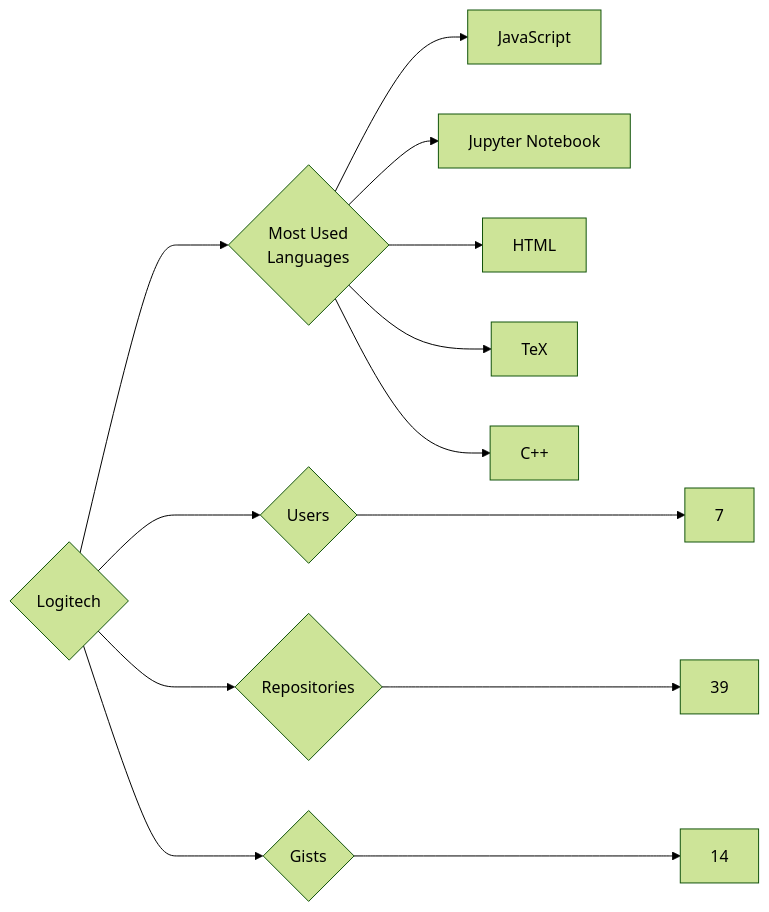
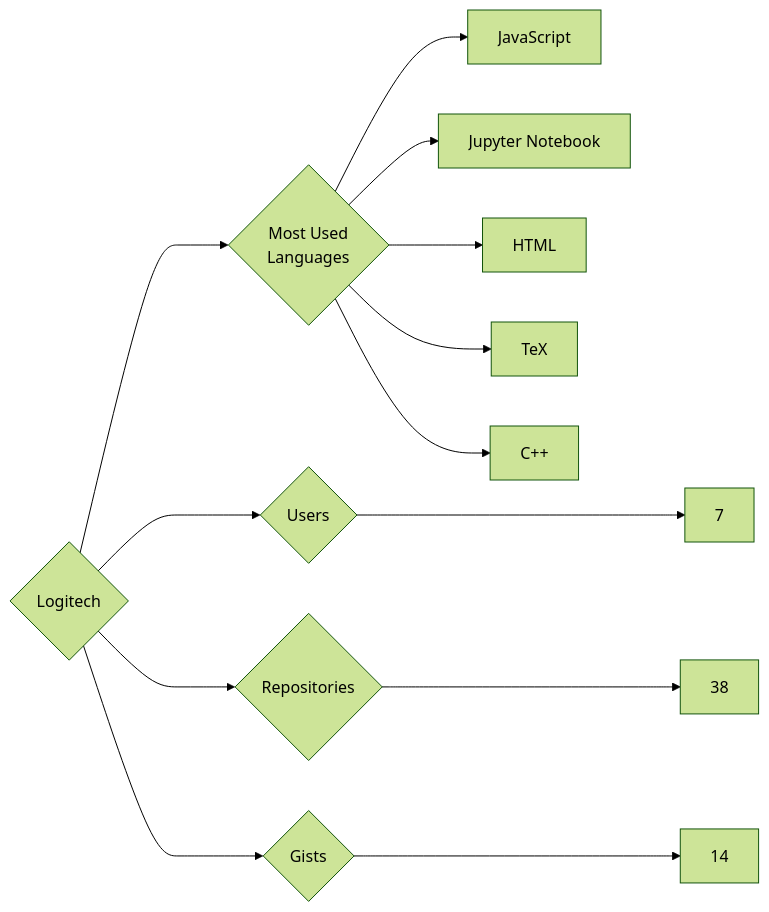
The diagram in targets/Logitech/README.md (trickest/insiders), drawn with Mermaid (forest theme) before and after one commit. The commit also changed 838 other files, not shown here.

````diff
--- a/targets/Logitech/README.md
+++ b/targets/Logitech/README.md
@@ -3,13 +3,13 @@
 ```mermaid
 graph LR
 COMPANY_NAME{Logitech}
 COMPANY_NAME ---> U{Users} ---> UN[7]
-COMPANY_NAME ---> R{Repositories} ---> RN[39]
+COMPANY_NAME ---> R{Repositories} ---> RN[38]
 COMPANY_NAME ---> G{Gists} ---> GN[14]
 COMPANY_NAME ---> ML{Most Used<br>Languages}
 ML --> JavaScript[JavaScript]
 ML --> Jupyter_Notebook[Jupyter Notebook]
 ML --> HTML[HTML]
 ML --> TeX[TeX]
 ML --> C++[C++]
 ```
````
